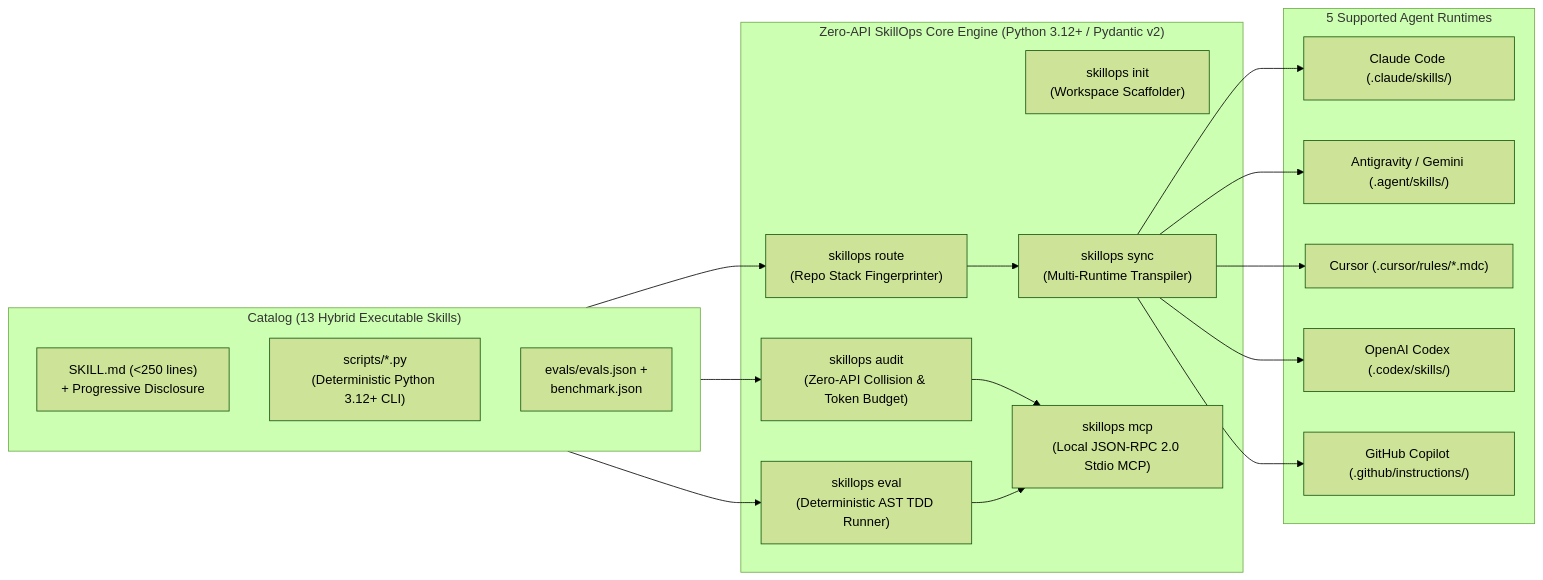
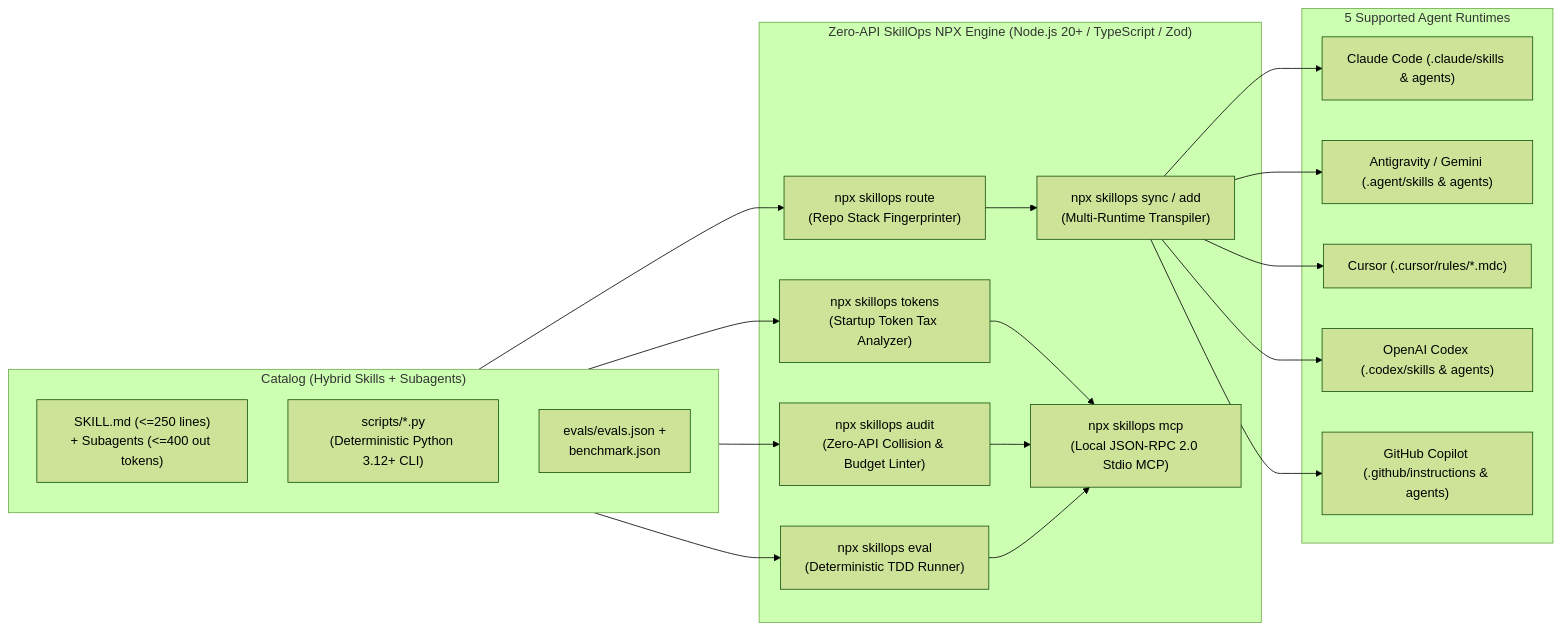
One commit to OdevMatheus/SkillOps changed the diagram in README.md. Above: the diagram before and after it, drawn with Mermaid (forest theme). The commit also changed other lines of this file and 21 other files, not shown here.

Commit message:
ci(devops): align repository governance, CI workflows, and contracts with NPX architecture

````diff
--- a/README.md
+++ b/README.md
@@ -32,30 +58,30 @@
 ```mermaid
 flowchart LR
-    subgraph Catalog["Catalog (13 Hybrid Executable Skills)"]
-        S1["SKILL.md (<250 lines)\n+ Progressive Disclosure"]
+    subgraph Catalog["Catalog (Hybrid Skills + Subagents)"]
+        S1["SKILL.md (<=250 lines)\n+ Subagents (<=400 out tokens)"]
         S2["scripts/*.py\n(Deterministic Python 3.12+ CLI)"]
         S3["evals/evals.json +\nbenchmark.json"]
     end
 
-    subgraph Engine["Zero-API SkillOps Core Engine (Python 3.12+ / Pydantic v2)"]
-        Init["skillops init\n(Workspace Scaffolder)"]
-        Audit["skillops audit\n(Zero-API Collision & Token Budget)"]
-        Route["skillops route\n(Repo Stack Fingerprinter)"]
-        Sync["skillops sync\n(Multi-Runtime Transpiler)"]
-        Eval["skillops eval\n(Deterministic AST TDD Runner)"]
-        Mcp["skillops mcp\n(Local JSON-RPC 2.0 Stdio MCP)"]
+    subgraph Engine["Zero-API SkillOps NPX Engine (Node.js 20+ / TypeScript / Zod)"]
+        Tokens["npx skillops tokens\n(Startup Token Tax Analyzer)"]
+        Audit["npx skillops audit\n(Zero-API Collision & Budget Linter)"]
+        Route["npx skillops route\n(Repo Stack Fingerprinter)"]
+        Sync["npx skillops sync / add\n(Multi-Runtime Transpiler)"]
+        Eval["npx skillops eval\n(Deterministic TDD Runner)"]
+        Mcp["npx skillops mcp\n(Local JSON-RPC 2.0 Stdio MCP)"]
     end
 
     subgraph Targets["5 Supported Agent Runtimes"]
-        T1["Claude Code (.claude/skills/)"]
-        T2["Antigravity / Gemini (.agent/skills/)"]
+        T1["Claude Code (.claude/skills & agents)"]
+        T2["Antigravity / Gemini (.agent/skills & agents)"]
         T3["Cursor (.cursor/rules/*.mdc)"]
-        T4["OpenAI Codex (.codex/skills/)"]
-        T5["GitHub Copilot (.github/instructions/)"]
+        T4["OpenAI Codex (.codex/skills & agents)"]
+        T5["GitHub Copilot (.github/instructions & agents)"]
     end
 
-    Catalog --> Audit & Route & Eval
+    Catalog --> Tokens & Audit & Route & Eval
     Route --> Sync
     Sync --> T1 & T2 & T3 & T4 & T5
-    Audit & Eval --> Mcp
+    Tokens & Audit & Eval --> Mcp
 ```
````
